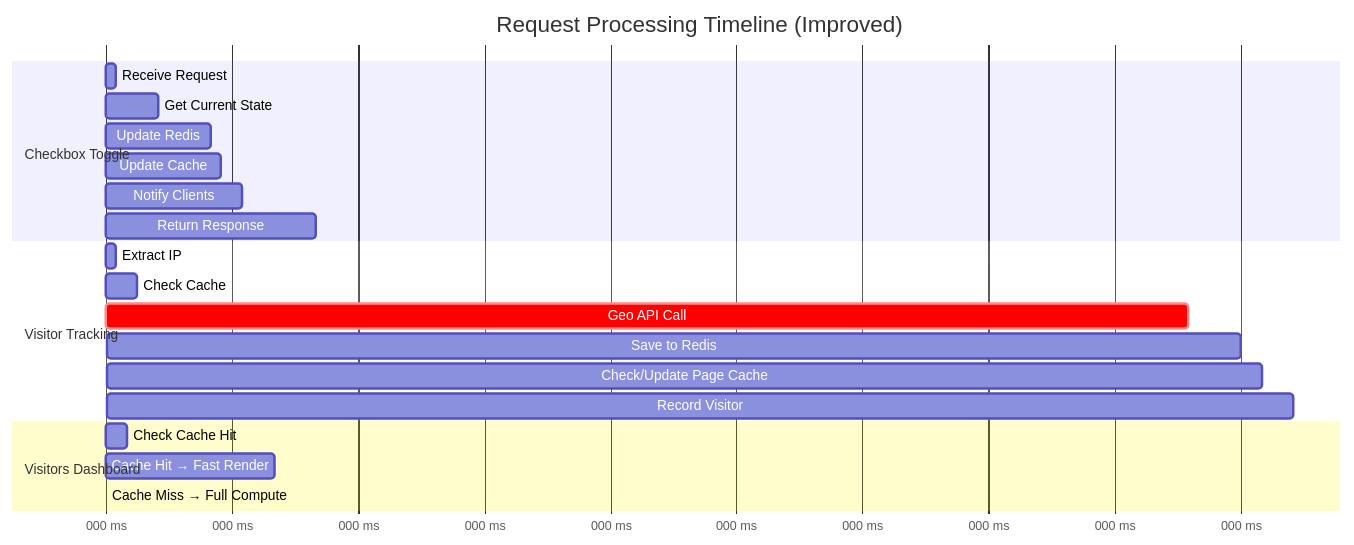
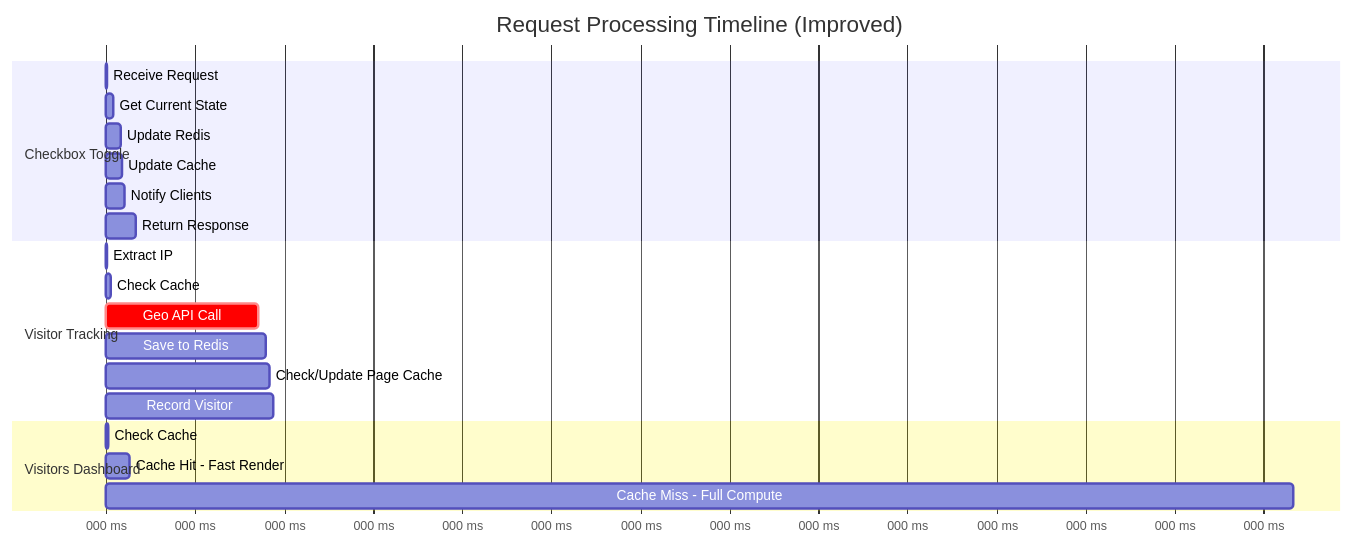
Before and after one commit to mtm-007/One_Million_checboxes: the sixth of 6 diagrams in README.md, drawn with Mermaid. The commit also changed other lines of this file, not shown here.

Commit message:
check updated readme

````diff
--- a/README.md
+++ b/README.md
@@ -225,27 +224,27 @@
 ```mermaid
 gantt
     title Request Processing Timeline (Improved)
     dateFormat X
     axisFormat %L ms
     
     section Checkbox Toggle
     Receive Request    :0, 5
     Get Current State  :5, 25
     Update Redis       :25, 50
     Update Cache       :50, 55
     Notify Clients     :55, 65
     Return Response    :65, 100
     
     section Visitor Tracking
     Extract IP         :0, 5
     Check Cache        :5, 15
     Geo API Call       :crit, 15, 515
     Save to Redis      :515, 540
-    Check/Update Page Cache :540, 550 
+    Check/Update Page Cache :540, 550
     Record Visitor     :550, 565
     
     section Visitors Dashboard
-    Check Cache Hit    :0, 10 
-    Cache Hit → Fast Render :10, 80
-    Cache Miss → Full Compute :10, 3000–5000
+    Check Cache        :0, 10
+    Cache Hit - Fast Render :10, 80
+    Cache Miss - Full Compute :10, 4000
 ```
````
